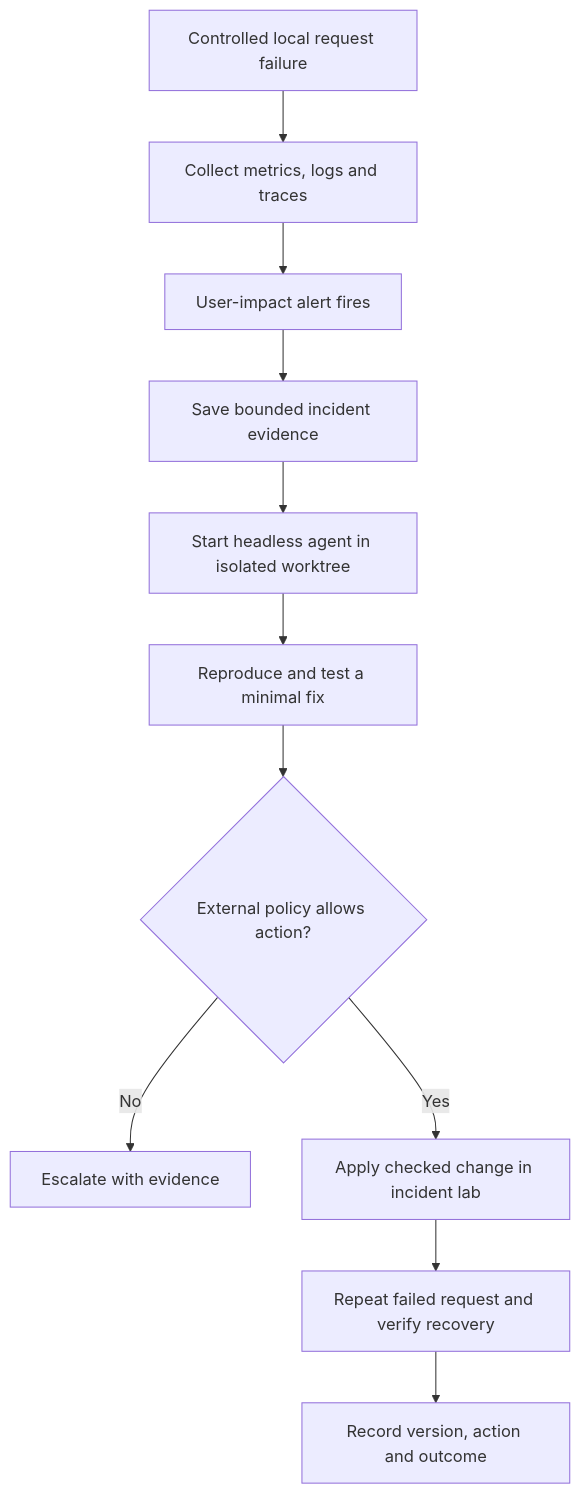
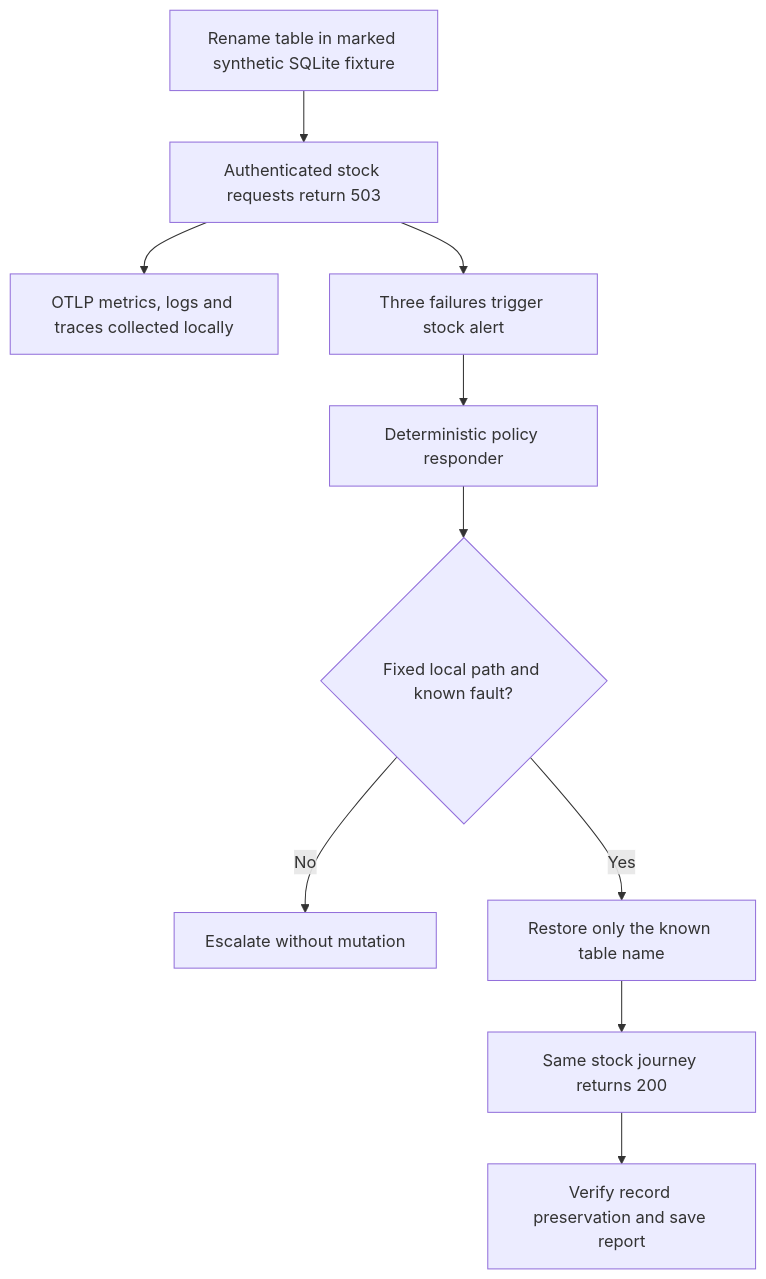
One commit to mohanoor-ai/dealer-desk changed the fourth of 4 diagrams in docs/diagrams.md. Above: the diagram before and after it, drawn with Mermaid. The commit also changed other lines of this file and 17 other files, not shown here.

Commit message:
Record protected production recovery and final assessment evidence

````diff
--- a/docs/diagrams.md
+++ b/docs/diagrams.md
@@ -82,13 +71,12 @@
 ```mermaid
 flowchart TB
-    Fault[Controlled local request failure] --> Signals[Collect metrics, logs and traces]
-    Signals --> Alert[User-impact alert fires]
-    Alert --> Evidence[Save bounded incident evidence]
-    Evidence --> Agent[Start headless agent in isolated worktree]
-    Agent --> Fix[Reproduce and test a minimal fix]
-    Fix --> Policy{External policy allows action?}
-    Policy -->|No| Escalate[Escalate with evidence]
-    Policy -->|Yes| Apply[Apply checked change in incident lab]
-    Apply --> Recovery[Repeat failed request and verify recovery]
-    Recovery --> Record[Record version, action and outcome]
+    Fault[Rename table in marked synthetic SQLite fixture] --> Request[Authenticated stock requests return 503]
+    Request --> Signals[OTLP metrics, logs and traces collected locally]
+    Request --> Alert[Three failures trigger stock alert]
+    Alert --> Agent[Deterministic policy responder]
+    Agent --> Policy{Fixed local path and known fault?}
+    Policy -->|No| Escalate[Escalate without mutation]
+    Policy -->|Yes| Repair[Restore only the known table name]
+    Repair --> Recovery[Same stock journey returns 200]
+    Recovery --> Record[Verify record preservation and save report]
 ```
````
